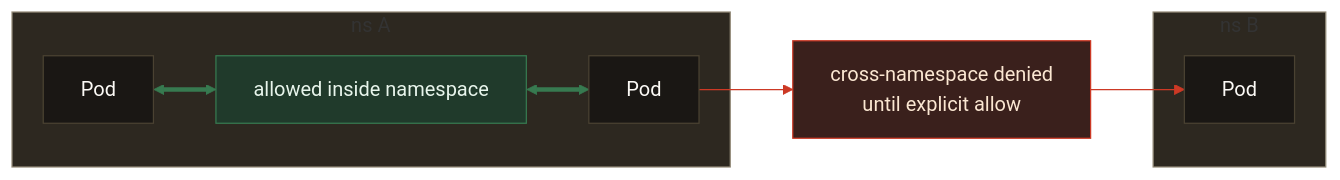
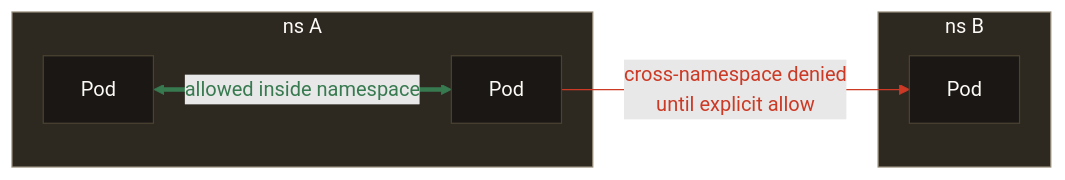
The second of 3 diagrams in kubernetes/network/README.md (yu-min3/kensan-lab), drawn with Mermaid (forest theme) before and after one commit. The commit also changed other lines of this file and 1 other file, not shown here.

Commit message:
docs: Network図の関係ラベルを矢印に戻す

````diff
--- a/kubernetes/network/README.md
+++ b/kubernetes/network/README.md
@@ -66,24 +66,18 @@
 ```mermaid
-%%{init: {"flowchart": {"htmlLabels": false}} }%%
+%%{init: {"flowchart": {"htmlLabels": true}} }%%
 flowchart LR
     subgraph nsA["ns A"]
-        A1[Pod] <==> AL["allowed inside namespace"] <==> A2[Pod]
+        A1[Pod] <==>|"allowed inside namespace"| A2[Pod]
     end
     subgraph nsB["ns B"]
         B1[Pod]
     end
-    A2 --> DN["cross-namespace denied<br/>until explicit allow"] --> B1
+    A2 -->|"cross-namespace denied<br/>until explicit allow"| B1
 
     style nsA fill:#2D2820,stroke:#948B79,color:#FCFAF6
     style nsB fill:#2D2820,stroke:#948B79,color:#FCFAF6
     classDef pod fill:#1A1714,stroke:#4A4232,color:#FCFAF6
-    classDef allowLabel fill:#203A2B,stroke:#377A50,color:#E8F5EC
-    classDef denyLabel fill:#3A201C,stroke:#CC3925,color:#FBE7D2
     class A1,A2,B1 pod
-    class AL allowLabel
-    class DN denyLabel
     linkStyle 0 stroke:#377A50,color:#377A50
-    linkStyle 1 stroke:#377A50,color:#377A50
-    linkStyle 2 stroke:#CC3925,color:#CC3925
-    linkStyle 3 stroke:#CC3925,color:#CC3925
+    linkStyle 1 stroke:#CC3925,color:#CC3925
 ```
````
